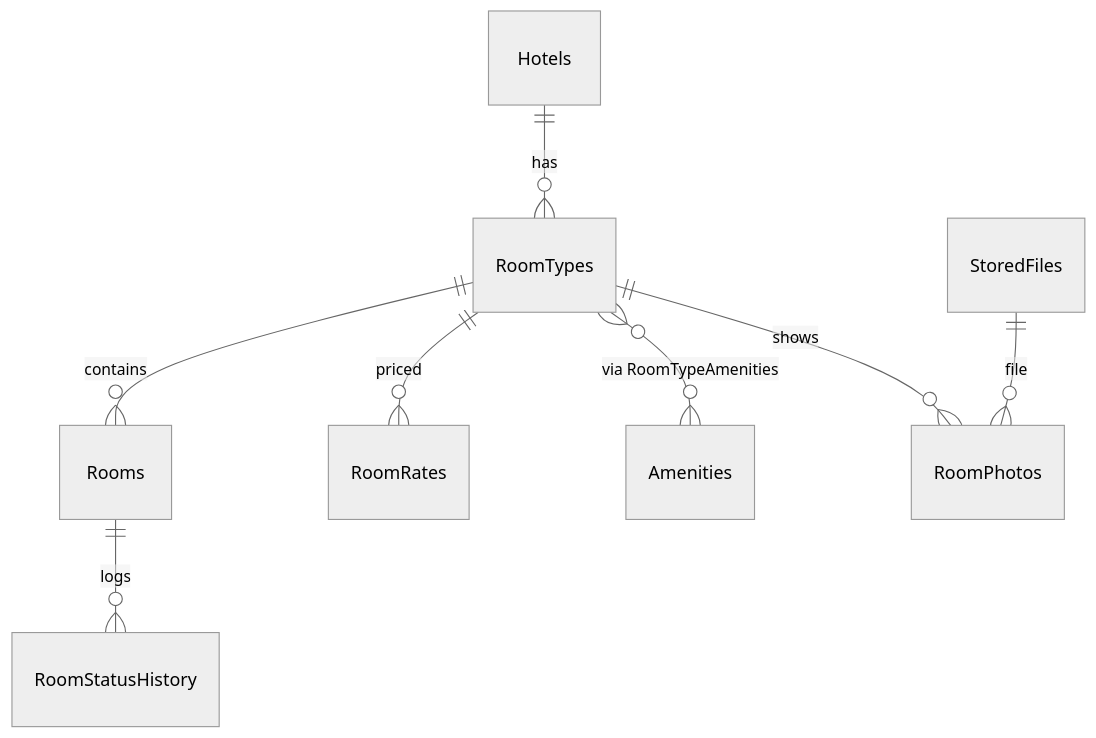
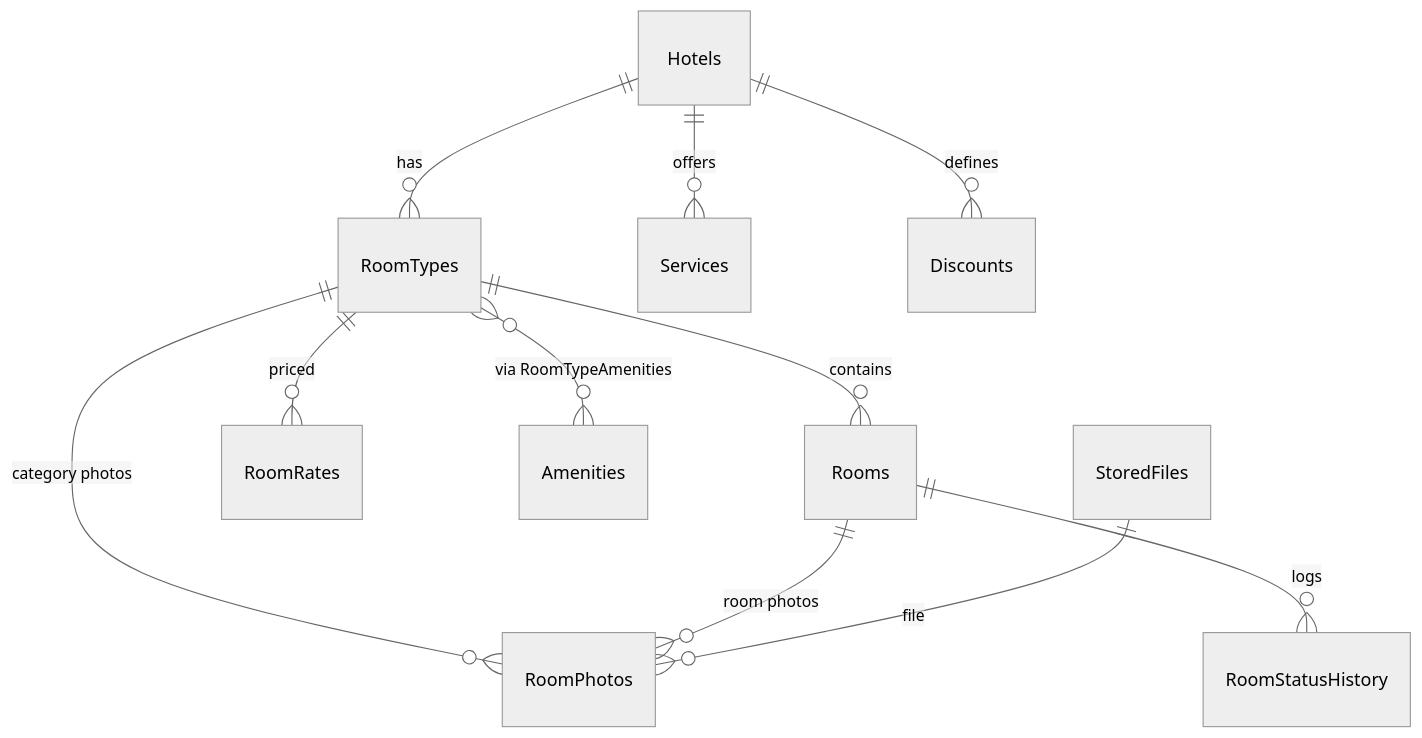
One commit to AdiletToigonbaev/hms changed the second of 6 diagrams in docs/database/er-diagram.md. Above: the diagram before and after it, drawn with Mermaid (neutral theme). The commit also changed other lines of this file and 10 other files, not shown here.

````diff
--- a/docs/database/er-diagram.md
+++ b/docs/database/er-diagram.md
@@ -19,10 +22,13 @@
 ```mermaid
 erDiagram
   Hotels ||--o{ RoomTypes : has
   RoomTypes ||--o{ Rooms : contains
   RoomTypes ||--o{ RoomRates : priced
   RoomTypes }o--o{ Amenities : "via RoomTypeAmenities"
-  RoomTypes ||--o{ RoomPhotos : shows
+  RoomTypes ||--o{ RoomPhotos : "category photos"
+  Rooms ||--o{ RoomPhotos : "room photos"
+  StoredFiles ||--o{ RoomPhotos : file
   Rooms ||--o{ RoomStatusHistory : logs
-  StoredFiles ||--o{ RoomPhotos : file
+  Hotels ||--o{ Services : offers
+  Hotels ||--o{ Discounts : defines
 ```
````
